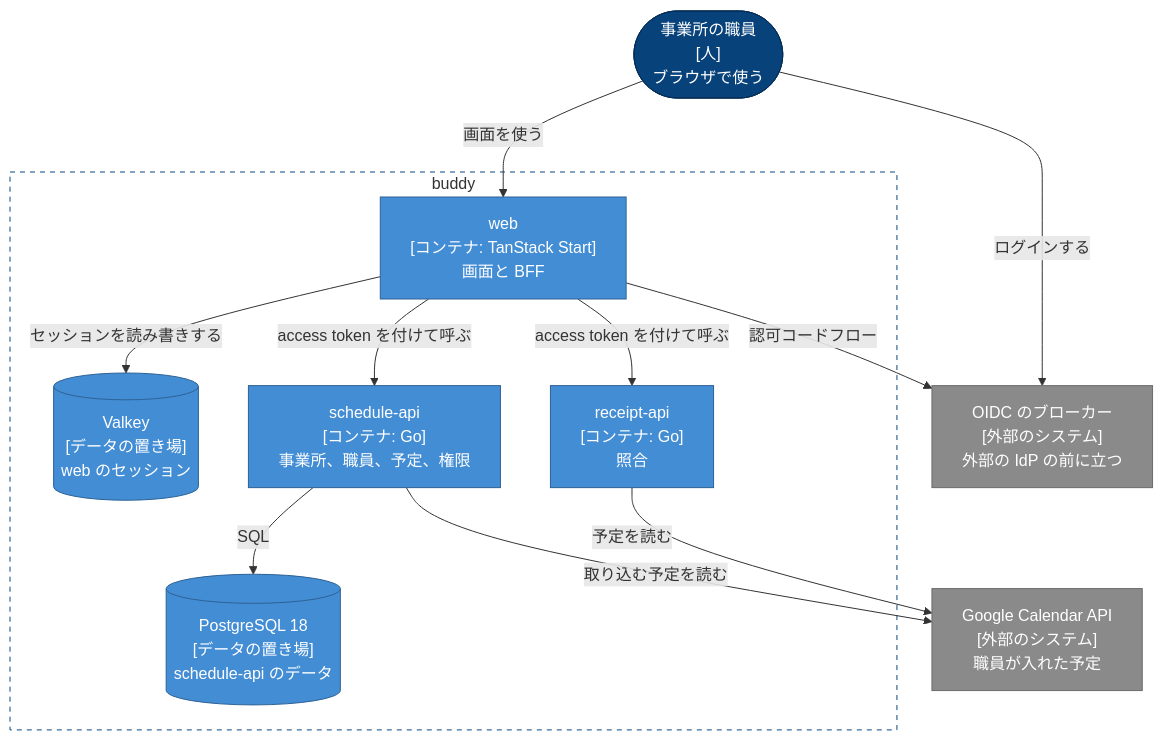
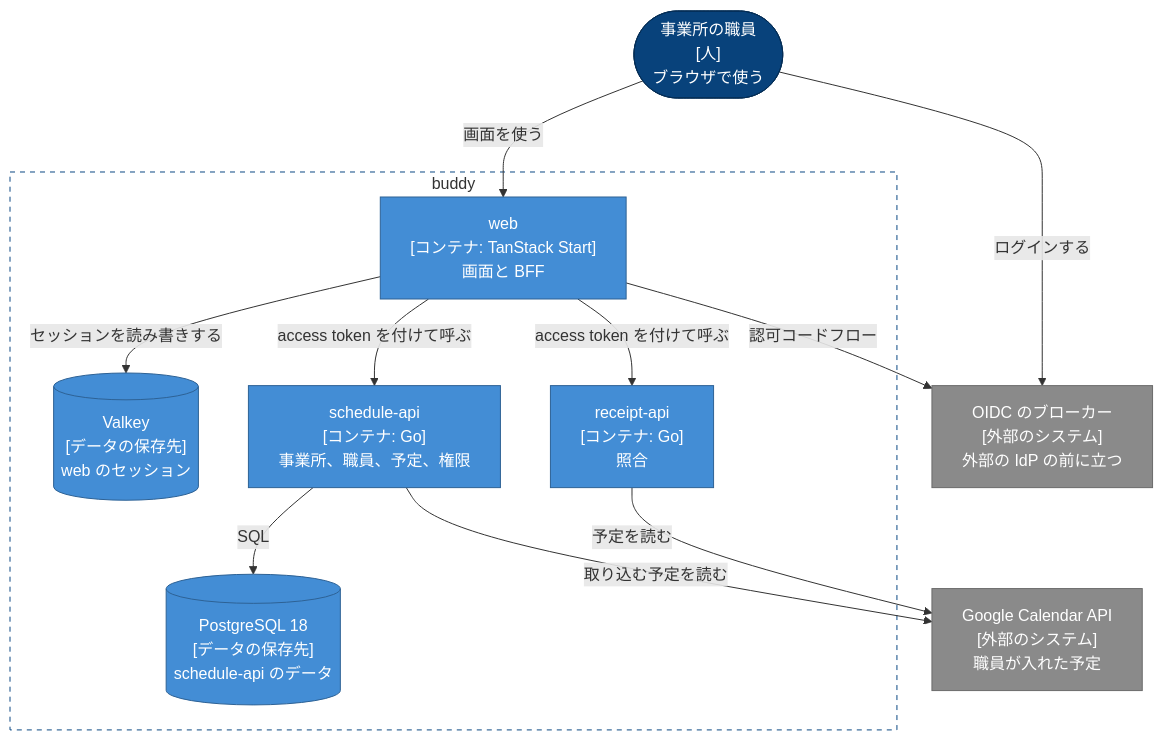
One commit to Fukuemon/buddy changed the diagram in docs/design/DesignDoc.md. Above: the diagram before and after it, drawn with Mermaid. The commit also changed other lines of this file and 45 other files, not shown here.

````diff
--- a/docs/design/DesignDoc.md
+++ b/docs/design/DesignDoc.md
@@ -47,29 +47,29 @@
 ```mermaid
 flowchart TB
   staff(["事業所の職員<br/>[人]<br/>ブラウザで使う"])
   broker["OIDC のブローカー<br/>[外部のシステム]<br/>外部の IdP の前に立つ"]
   subgraph buddy["buddy"]
     web["web<br/>[コンテナ: TanStack Start]<br/>画面と BFF"]
-    valkey[("Valkey<br/>[データの置き場]<br/>web のセッション")]
+    valkey[("Valkey<br/>[データの保存先]<br/>web のセッション")]
     schedule["schedule-api<br/>[コンテナ: Go]<br/>事業所、職員、予定、権限"]
     receipt["receipt-api<br/>[コンテナ: Go]<br/>照合"]
-    postgres[("PostgreSQL 18<br/>[データの置き場]<br/>schedule-api のデータ")]
+    postgres[("PostgreSQL 18<br/>[データの保存先]<br/>schedule-api のデータ")]
   end
   gcal["Google Calendar API<br/>[外部のシステム]<br/>職員が入れた予定"]
   staff -- "画面を使う" --> web
   staff -- "ログインする" --> broker
   web -- "認可コードフロー" --> broker
   web -- "セッションを読み書きする" --> valkey
   web -- "access token を付けて呼ぶ" --> schedule
   web -- "access token を付けて呼ぶ" --> receipt
   schedule -- "SQL" --> postgres
   receipt -- "予定を読む" --> gcal
   schedule -- "取り込む予定を読む" --> gcal
   classDef person fill:#08427b,stroke:#052e56,color:#fff
   classDef container fill:#438dd5,stroke:#2e6295,color:#fff
   classDef external fill:#8a8a8a,stroke:#6b6b6b,color:#fff
   class staff person
   class web,valkey,schedule,receipt,postgres container
   class broker,gcal external
   style buddy fill:none,stroke:#0b4884,stroke-dasharray:5 5
 ```
````
